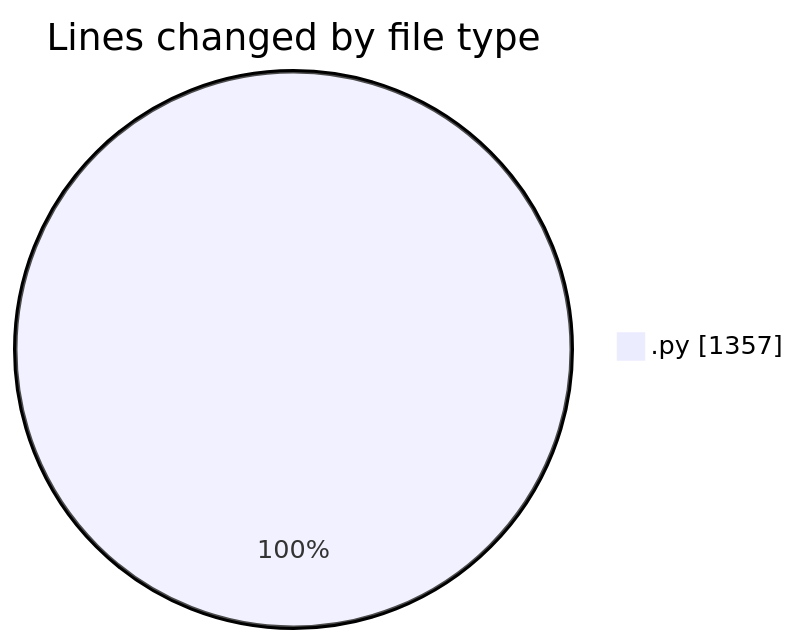
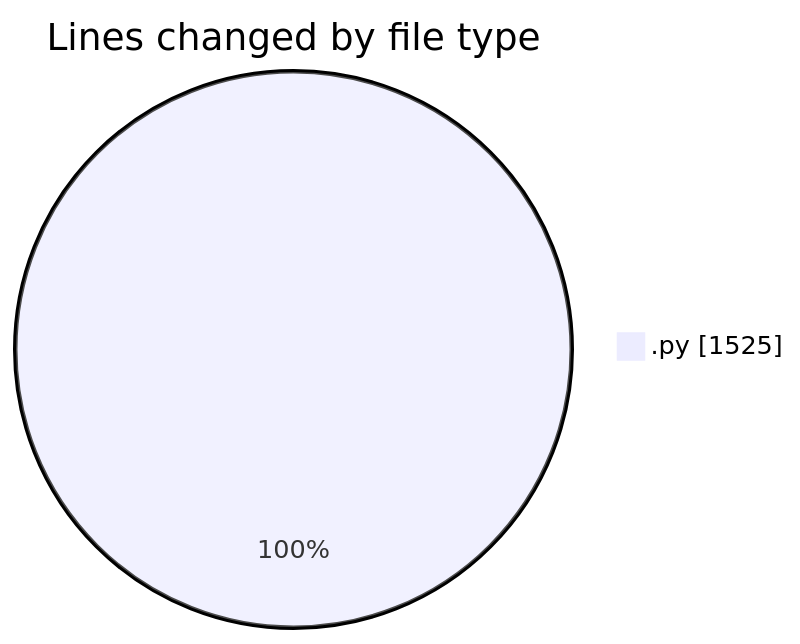
One commit to julien-gomy/code-tracking changed the first of 2 diagrams in 2025-10-15/eventscop-api-guide__workspace_/README.md. Above: the diagram before and after it, drawn with Mermaid. The commit also changed other lines of this file and 1 other file, not shown here.

````diff
--- a/2025-10-15/eventscop-api-guide__workspace_/README.md
+++ b/2025-10-15/eventscop-api-guide__workspace_/README.md
@@ -21,5 +23,5 @@
 ```mermaid
 pie showData
 title Lines changed by file type
-".py" : 1357
+".py" : 1525
 ```
````
